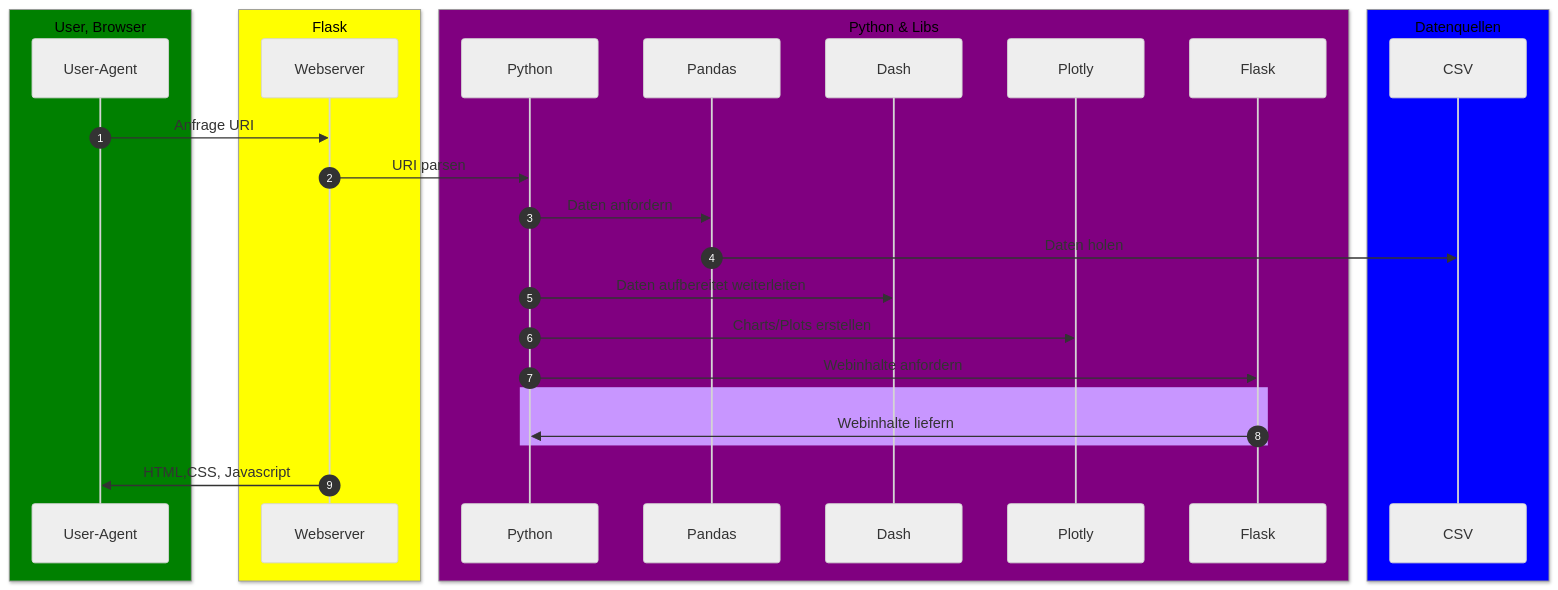
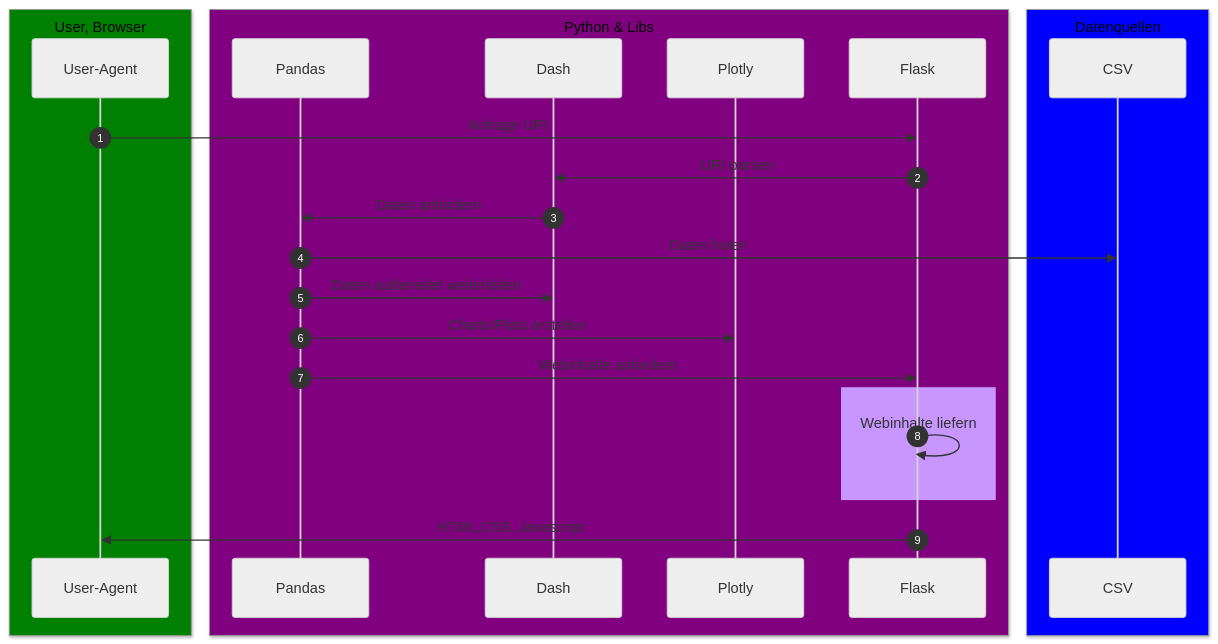
Before and after one commit to SchrodtSven/hca: the diagram in doq/dad2.md, drawn with Mermaid (neutral theme). The commit also changed other lines of this file, not shown here.

````diff
--- a/doq/dad2.md
+++ b/doq/dad2.md
@@ -5,39 +3,34 @@
 ```mermaid
 sequenceDiagram
 autonumber
     
     box Green User, Browser
     participant User-Agent
     end
 
-    box Yellow Flask
-    participant Webserver
-    end
-
     box Purple Python & Libs
-    participant Python
     participant Pandas
     participant Dash
     participant Plotly
     participant Flask
     end
 
     box Blue Datenquellen
     participant CSV
     end
 
-    User-Agent->>Webserver: Anfrage URI
-    Webserver->>Python: URI parsen
-    Python->>Pandas: Daten anfordern
+    User-Agent->>Flask: Anfrage URI
+    Flask->>Dash: URI parsen
+    Dash->>Pandas: Daten anfordern
     Pandas ->> CSV: Daten holen
-    Python ->> Dash: Daten aufbereitet weiterleiten
-    Python ->> Plotly: Charts/Plots erstellen
-    Python ->> Flask: Webinhalte anfordern 
+    Pandas ->> Dash: Daten aufbereitet weiterleiten
+    Pandas ->> Plotly: Charts/Plots erstellen
+    Pandas ->> Flask: Webinhalte anfordern 
     rect rgb(200, 150, 255)
-    Flask->>Python: Webinhalte liefern
+    Flask->>Flask: Webinhalte liefern
     
     end
 
-    Webserver->>User-Agent: HTML,CSS, Javascript
+    Flask->>User-Agent: HTML,CSS, Javascript
    
 ```
````
